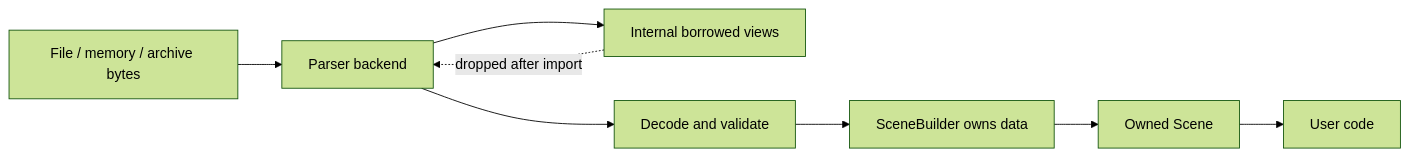
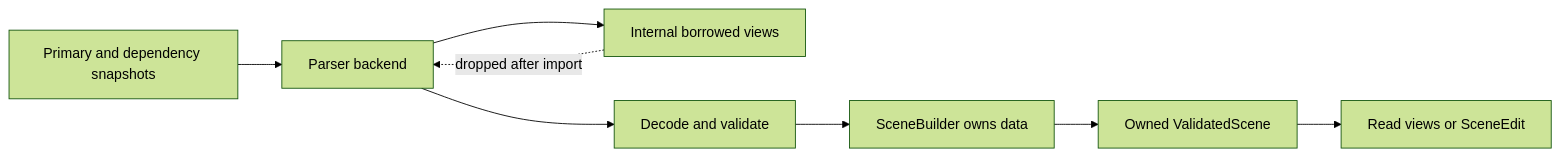
The first of 2 diagrams in docs/adr/0009-data-ownership-zero-copy-lifetimes-and-memory-layout.md (Latias94/baozi), drawn with Mermaid (forest theme) before and after one commit. The commit also changed other lines of this file and 86 other files, not shown here.

First line of the commit message:
feat(architecture): establish canonical contract authority

````diff
--- a/docs/adr/0009-data-ownership-zero-copy-lifetimes-and-memory-layout.md
+++ b/docs/adr/0009-data-ownership-zero-copy-lifetimes-and-memory-layout.md
@@ -47,11 +58,11 @@
 ```mermaid
 flowchart LR
-    Input[File / memory / archive bytes] --> Parser[Parser backend]
+    Input[Primary and dependency snapshots] --> Parser[Parser backend]
     Parser --> Borrowed[Internal borrowed views]
     Parser --> Decode[Decode and validate]
     Decode --> Builder[SceneBuilder owns data]
-    Builder --> Scene[Owned Scene]
-    Scene --> User[User code]
+    Builder --> Scene[Owned ValidatedScene]
+    Scene --> User[Read views or SceneEdit]
 
     Borrowed -. dropped after import .-> Parser
 ```
````
